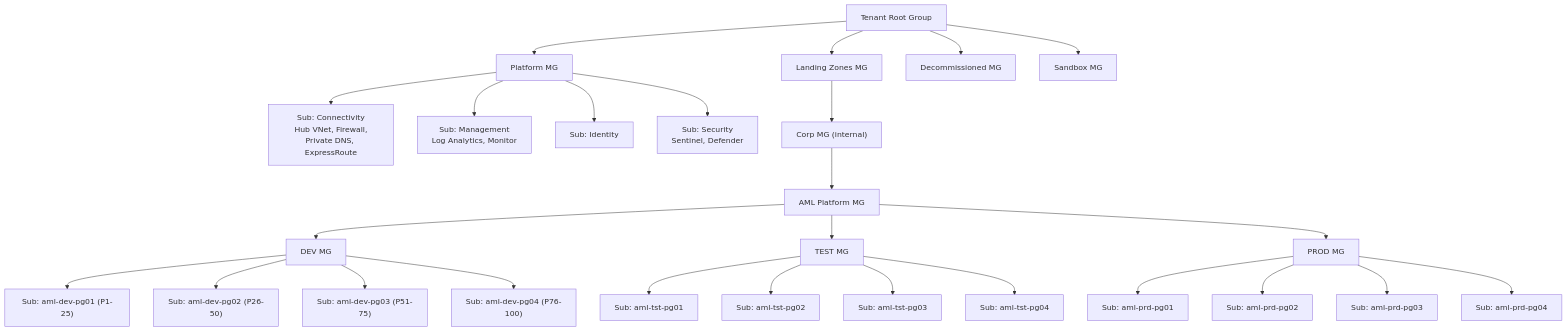
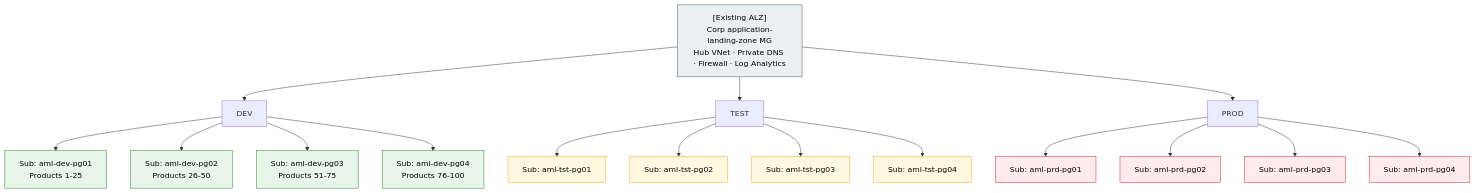
One commit to ManojNair/AMLArchitecture changed the first of 3 diagrams in docs/AML-Scale-Out-Architecture.md. Above: the diagram before and after it, drawn with Mermaid. The commit also changed other lines of this file and 1 other file, not shown here.

````diff
--- a/docs/AML-Scale-Out-Architecture.md
+++ b/docs/AML-Scale-Out-Architecture.md
@@ -45,35 +64,31 @@
 ```mermaid
 flowchart TB
-    Root["Tenant Root Group"]
-    Root --> Platform["Platform MG"]
-    Root --> LZ["Landing Zones MG"]
-    Root --> Decom["Decommissioned MG"]
-    Root --> Sandbox["Sandbox MG"]
+    ALZ["[Existing ALZ]<br/>Corp application-landing-zone MG<br/>Hub VNet · Private DNS · Firewall · Log Analytics"]
+    ALZ --> DEV["DEV"]
+    ALZ --> TST["TEST"]
+    ALZ --> PRD["PROD"]
 
-    Platform --> Conn["Sub: Connectivity<br/>Hub VNet, Firewall,<br/>Private DNS, ExpressRoute"]
-    Platform --> Mgmt["Sub: Management<br/>Log Analytics, Monitor"]
-    Platform --> Ident["Sub: Identity"]
-    Platform --> Sec["Sub: Security<br/>Sentinel, Defender"]
-
-    LZ --> Corp["Corp MG (internal)"]
-    Corp --> AML["AML Platform MG"]
-
-    AML --> DEV["DEV MG"]
-    AML --> TST["TEST MG"]
-    AML --> PRD["PROD MG"]
-
-    DEV --> DEV1["Sub: aml-dev-pg01 (P1-25)"]
-    DEV --> DEV2["Sub: aml-dev-pg02 (P26-50)"]
-    DEV --> DEV3["Sub: aml-dev-pg03 (P51-75)"]
-    DEV --> DEV4["Sub: aml-dev-pg04 (P76-100)"]
+    DEV --> DEV1["Sub: aml-dev-pg01<br/>Products 1-25"]
+    DEV --> DEV2["Sub: aml-dev-pg02<br/>Products 26-50"]
+    DEV --> DEV3["Sub: aml-dev-pg03<br/>Products 51-75"]
+    DEV --> DEV4["Sub: aml-dev-pg04<br/>Products 76-100"]
 
     TST --> TST1["Sub: aml-tst-pg01"]
     TST --> TST2["Sub: aml-tst-pg02"]
     TST --> TST3["Sub: aml-tst-pg03"]
     TST --> TST4["Sub: aml-tst-pg04"]
 
     PRD --> PRD1["Sub: aml-prd-pg01"]
     PRD --> PRD2["Sub: aml-prd-pg02"]
     PRD --> PRD3["Sub: aml-prd-pg03"]
     PRD --> PRD4["Sub: aml-prd-pg04"]
+
+    classDef alz fill:#eceff1,stroke:#455a64,color:#000
+    classDef dev fill:#e8f5e9,stroke:#2e7d32,color:#000
+    classDef tst fill:#fff8e1,stroke:#f9a825,color:#000
+    classDef prd fill:#ffebee,stroke:#c62828,color:#000
+    class ALZ alz
+    class DEV1,DEV2,DEV3,DEV4 dev
+    class TST1,TST2,TST3,TST4 tst
+    class PRD1,PRD2,PRD3,PRD4 prd
 ```
````
